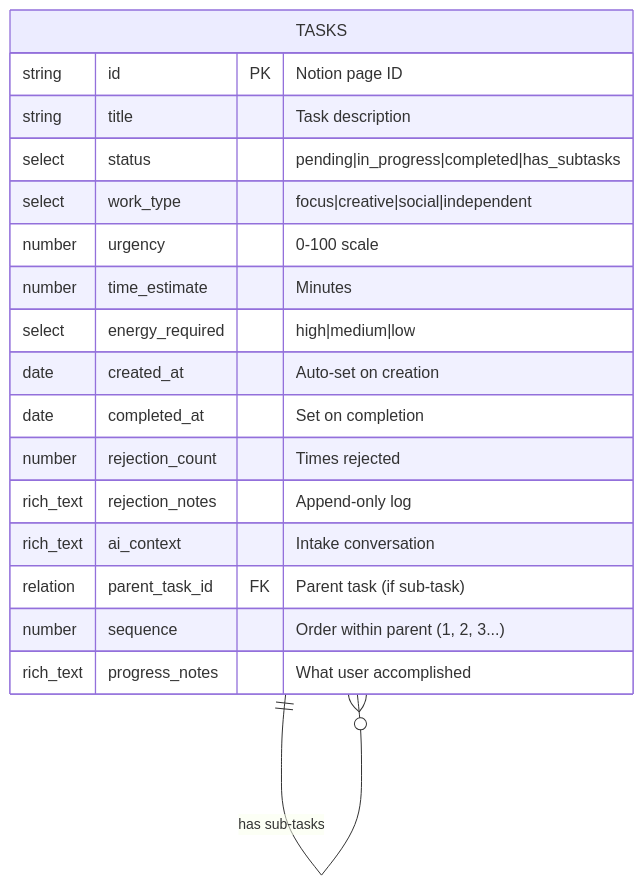
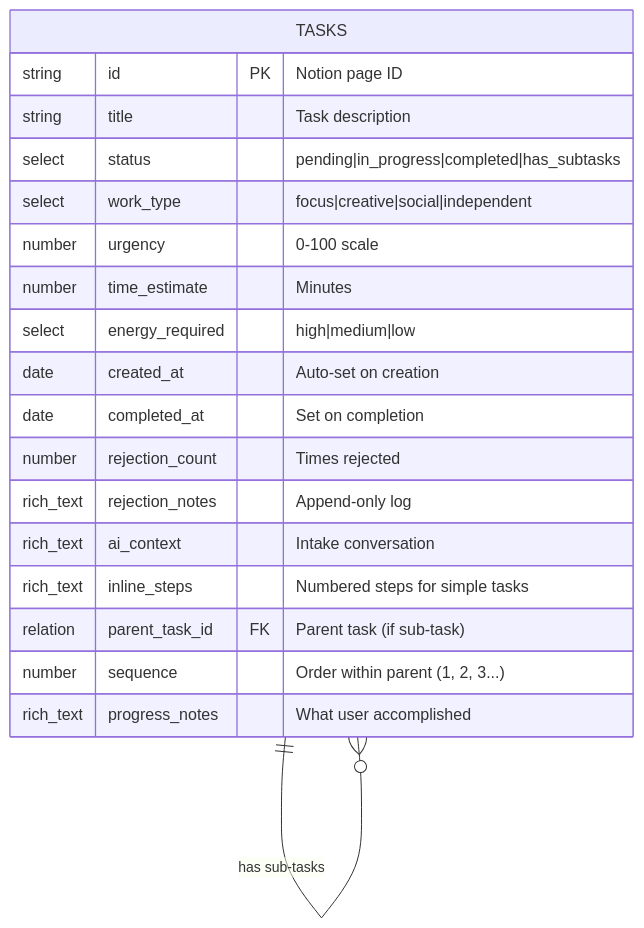
Before and after one commit to NickBorgers/hide-my-list: the first of 18 diagrams in docs/notion-schema.md, drawn with Mermaid. The commit also changed other lines of this file and 3 other files, not shown here.

````diff
--- a/docs/notion-schema.md
+++ b/docs/notion-schema.md
@@ -9,22 +9,23 @@
 ```mermaid
 erDiagram
     TASKS {
         string id PK "Notion page ID"
         string title "Task description"
         select status "pending|in_progress|completed|has_subtasks"
         select work_type "focus|creative|social|independent"
         number urgency "0-100 scale"
         number time_estimate "Minutes"
         select energy_required "high|medium|low"
         date created_at "Auto-set on creation"
         date completed_at "Set on completion"
         number rejection_count "Times rejected"
         rich_text rejection_notes "Append-only log"
         rich_text ai_context "Intake conversation"
+        rich_text inline_steps "Numbered steps for simple tasks"
         relation parent_task_id FK "Parent task (if sub-task)"
         number sequence "Order within parent (1, 2, 3...)"
         rich_text progress_notes "What user accomplished"
     }
 
     TASKS ||--o{ TASKS : "has sub-tasks"
 ```
````
